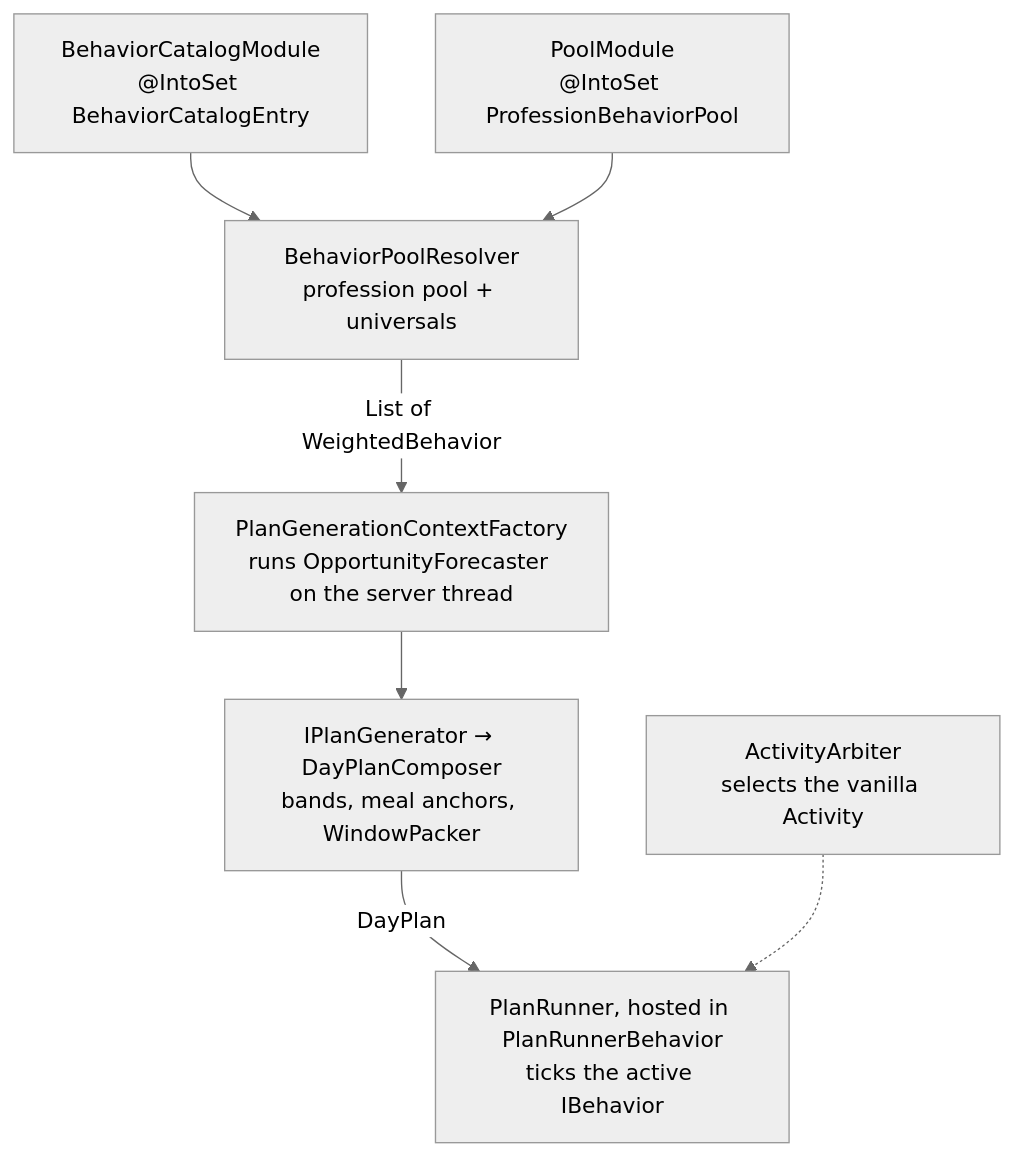
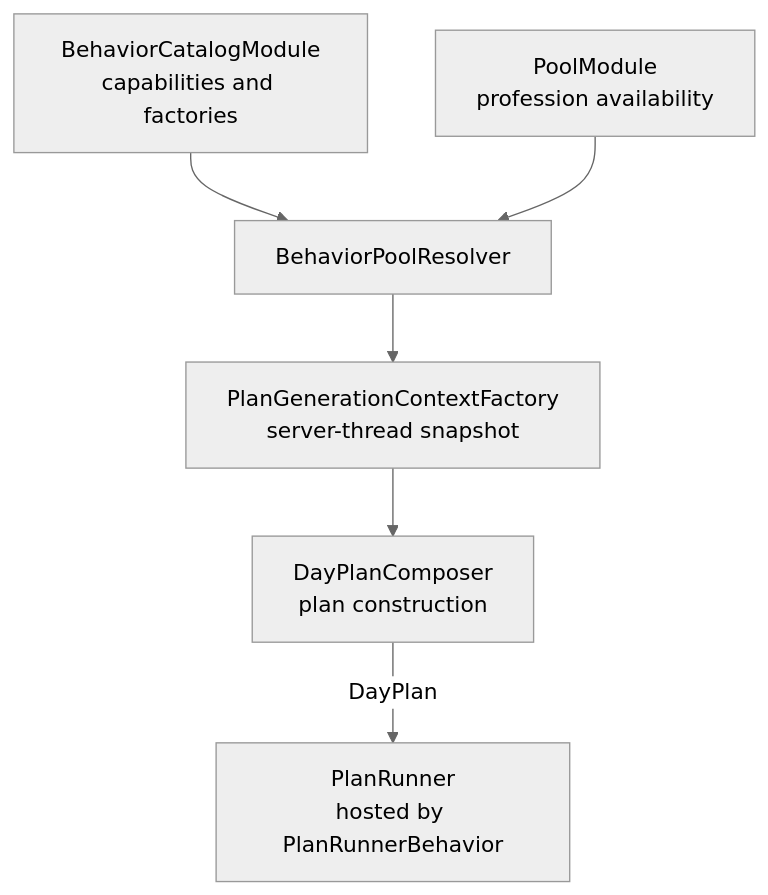
The diagram in docs/references/behavior_system.md (breeze-devs/Settlements-Alpha), drawn with Mermaid (neutral theme) before and after one commit. The commit also changed other lines of this file and 50 other files, not shown here.

Commit message:
Added chart raiders behavior

````diff
--- a/docs/references/behavior_system.md
+++ b/docs/references/behavior_system.md
@@ -30,10 +19,9 @@
 ```mermaid
 flowchart TD
-    CAT["BehaviorCatalogModule<br/>@IntoSet BehaviorCatalogEntry"] --> RES
-    POOL["PoolModule<br/>@IntoSet ProfessionBehaviorPool"] --> RES
-    RES["BehaviorPoolResolver<br/>profession pool + universals"] -->|" List of WeightedBehavior "| CTX
-    CTX["PlanGenerationContextFactory<br/>runs OpportunityForecaster on the server thread"] --> GEN
-    GEN["IPlanGenerator → DayPlanComposer<br/>bands, meal anchors, WindowPacker"] -->|DayPlan| RUN
-    RUN["PlanRunner, hosted in PlanRunnerBehavior<br/>ticks the active IBehavior"]
-    ARB["ActivityArbiter<br/>selects the vanilla Activity"] -.-> RUN
+    CAT["BehaviorCatalogModule<br/>capabilities and factories"] --> RES
+    POOL["PoolModule<br/>profession availability"] --> RES
+    RES[BehaviorPoolResolver] --> CTX
+    CTX["PlanGenerationContextFactory<br/>server-thread snapshot"] --> GEN
+    GEN["DayPlanComposer<br/>plan construction"] -->|DayPlan| RUN
+    RUN["PlanRunner<br/>hosted by PlanRunnerBehavior"]
 ```
````
